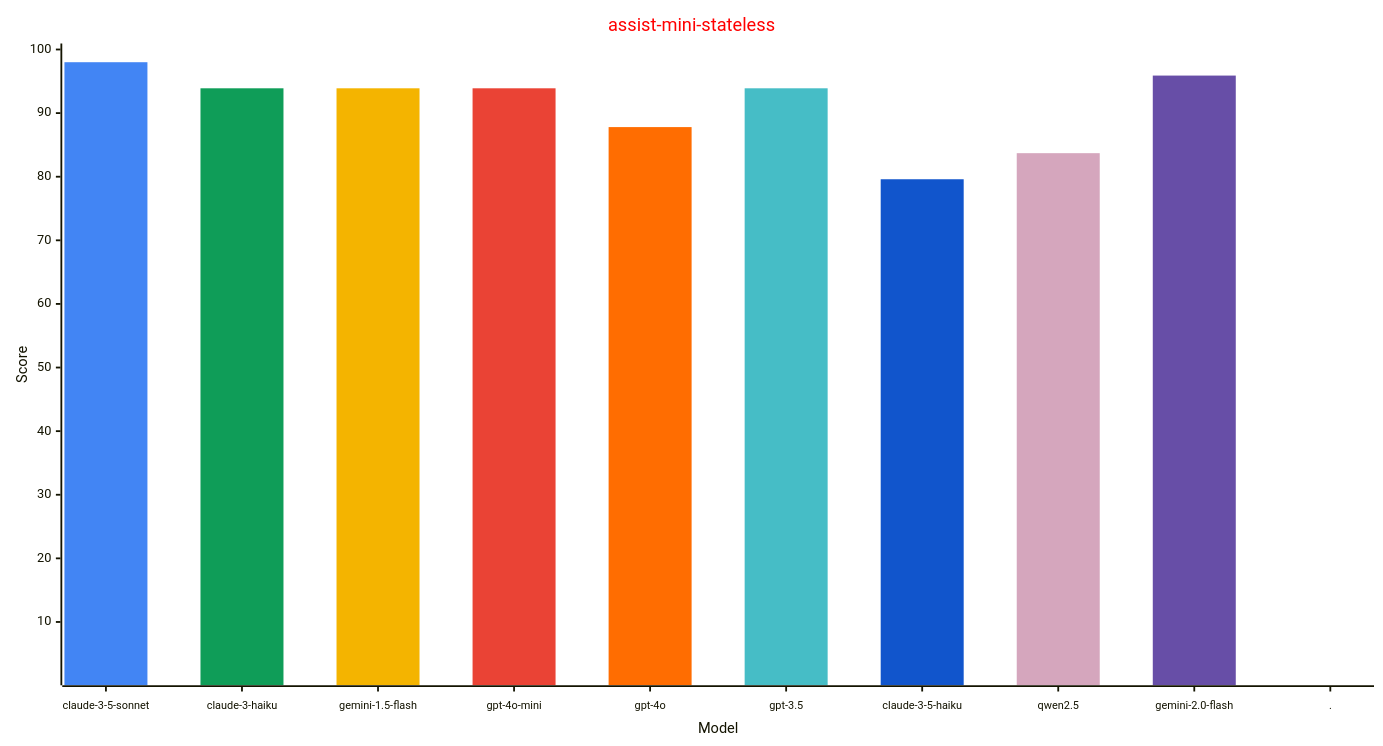
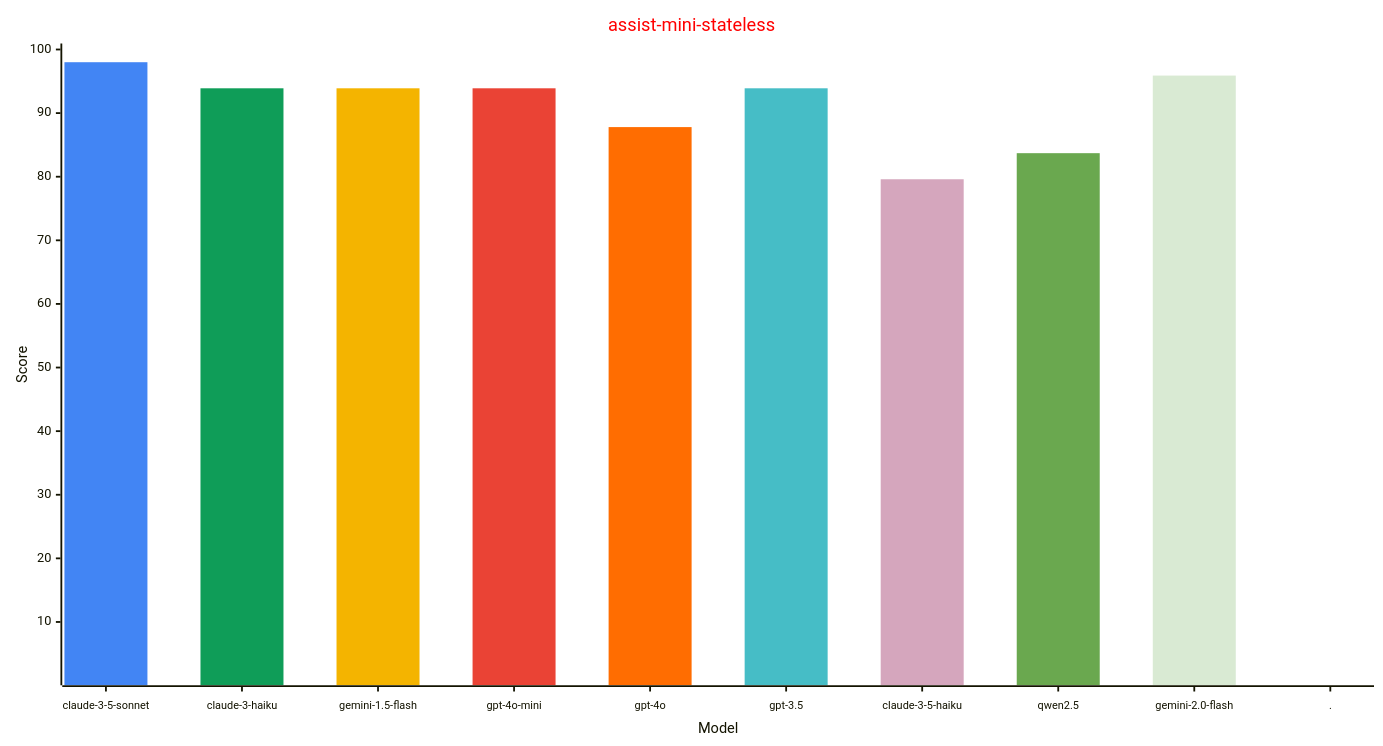
The third of 4 diagrams in reports/README.md (allenporter/home-assistant-datasets), drawn with Mermaid before and after one commit. The commit also changed other lines of this file and 83 other files, not shown here.

````diff
--- a/reports/README.md
+++ b/reports/README.md
@@ -144,30 +145,30 @@
 ```mermaid
 ---
 config:
     xyChart:
         width: 1500
         height: 800
         xAxis:
           labelFontSize: 12
           labelPadding: 8
     themeVariables:
         xyChart:
             titleColor: "#ff0000"
-            plotColorPalette: "#4285f4, #0f9d58, #f4b400, #ea4335, #ff6d01, #46bdc6, #1155cc, #d5a6bd, #674ea7, #4285f4"
+            plotColorPalette: "#4285f4, #0f9d58, #f4b400, #ea4335, #ff6d01, #46bdc6, #d5a6bd, #6aa84f, #d9ead3, #4285f4"
 
 ---
 xychart-beta
   title "assist-mini-stateless"
   x-axis "Model" [claude-3-5-sonnet, claude-3-haiku, gemini-1.5-flash, gpt-4o-mini, gpt-4o, gpt-3.5, claude-3-5-haiku, qwen2.5, gemini-2.0-flash, .]
   y-axis "Score" 1 --> 100
   bar [98.0, 0.0, 0.0, 0.0, 0.0, 0.0, 0.0, 0.0, 0.0, 0.0]
   bar [0.0, 93.9, 0.0, 0.0, 0.0, 0.0, 0.0, 0.0, 0.0, 0.0]
   bar [0.0, 0.0, 93.9, 0.0, 0.0, 0.0, 0.0, 0.0, 0.0, 0.0]
   bar [0.0, 0.0, 0.0, 93.9, 0.0, 0.0, 0.0, 0.0, 0.0, 0.0]
   bar [0.0, 0.0, 0.0, 0.0, 87.8, 0.0, 0.0, 0.0, 0.0, 0.0]
   bar [0.0, 0.0, 0.0, 0.0, 0.0, 93.9, 0.0, 0.0, 0.0, 0.0]
   bar [0.0, 0.0, 0.0, 0.0, 0.0, 0.0, 79.6, 0.0, 0.0, 0.0]
   bar [0.0, 0.0, 0.0, 0.0, 0.0, 0.0, 0.0, 83.7, 0.0, 0.0]
   bar [0.0, 0.0, 0.0, 0.0, 0.0, 0.0, 0.0, 0.0, 95.9, 0.0]
   bar [0.0, 0.0, 0.0, 0.0, 0.0, 0.0, 0.0, 0.0, 0.0, -1.0]
 ```
````
